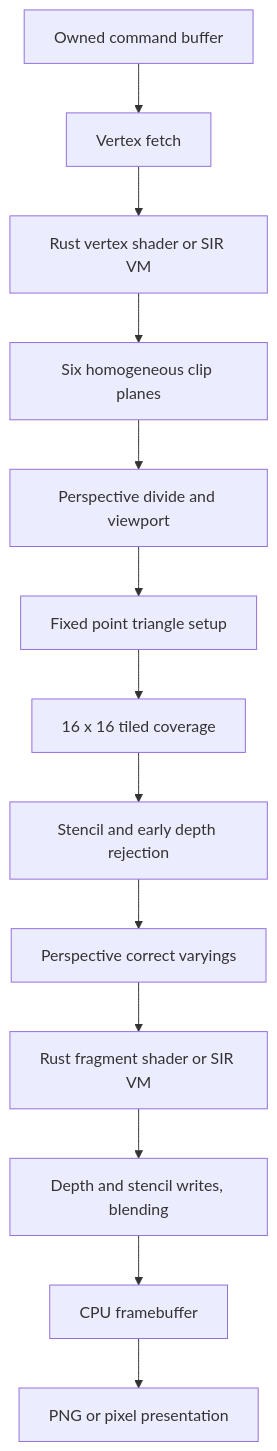
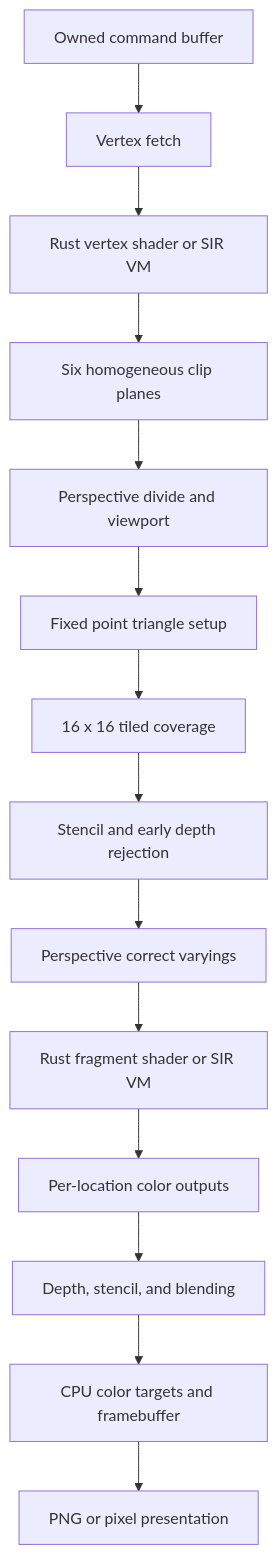
Before and after one commit to OthmaneBlial/silicon: the diagram in site/docs/architecture.md, drawn with Mermaid. The commit also changed 18 other files, not shown here.

````diff
--- a/site/docs/architecture.md
+++ b/site/docs/architecture.md
@@ -11,15 +11,16 @@
 ```mermaid
 flowchart TD
   A[Owned command buffer] --> B[Vertex fetch]
   B --> C[Rust vertex shader or SIR VM]
   C --> D[Six homogeneous clip planes]
   D --> E[Perspective divide and viewport]
   E --> F[Fixed point triangle setup]
   F --> G[16 x 16 tiled coverage]
   G --> H[Stencil and early depth rejection]
   H --> I[Perspective correct varyings]
   I --> J[Rust fragment shader or SIR VM]
-  J --> K[Depth and stencil writes, blending]
-  K --> L[CPU framebuffer]
-  L --> M[PNG or pixel presentation]
+  J --> K[Per-location color outputs]
+  K --> L[Depth, stencil, and blending]
+  L --> M[CPU color targets and framebuffer]
+  M --> N[PNG or pixel presentation]
 ```
````
